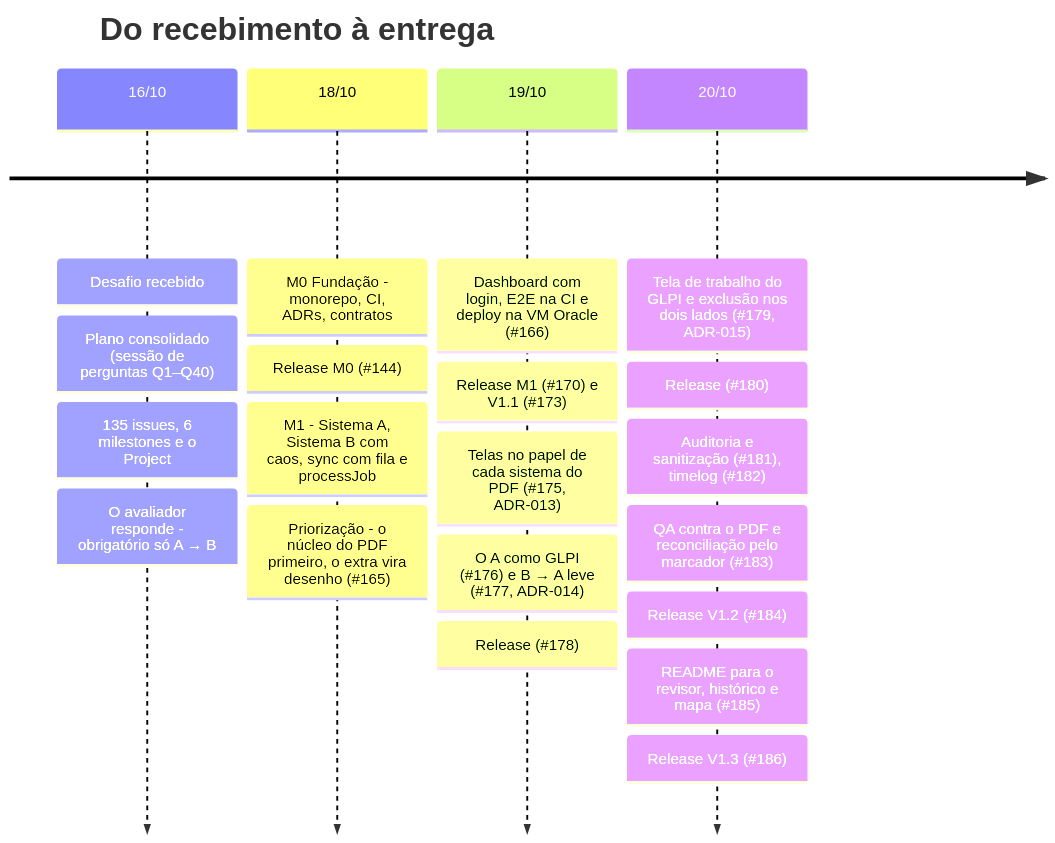
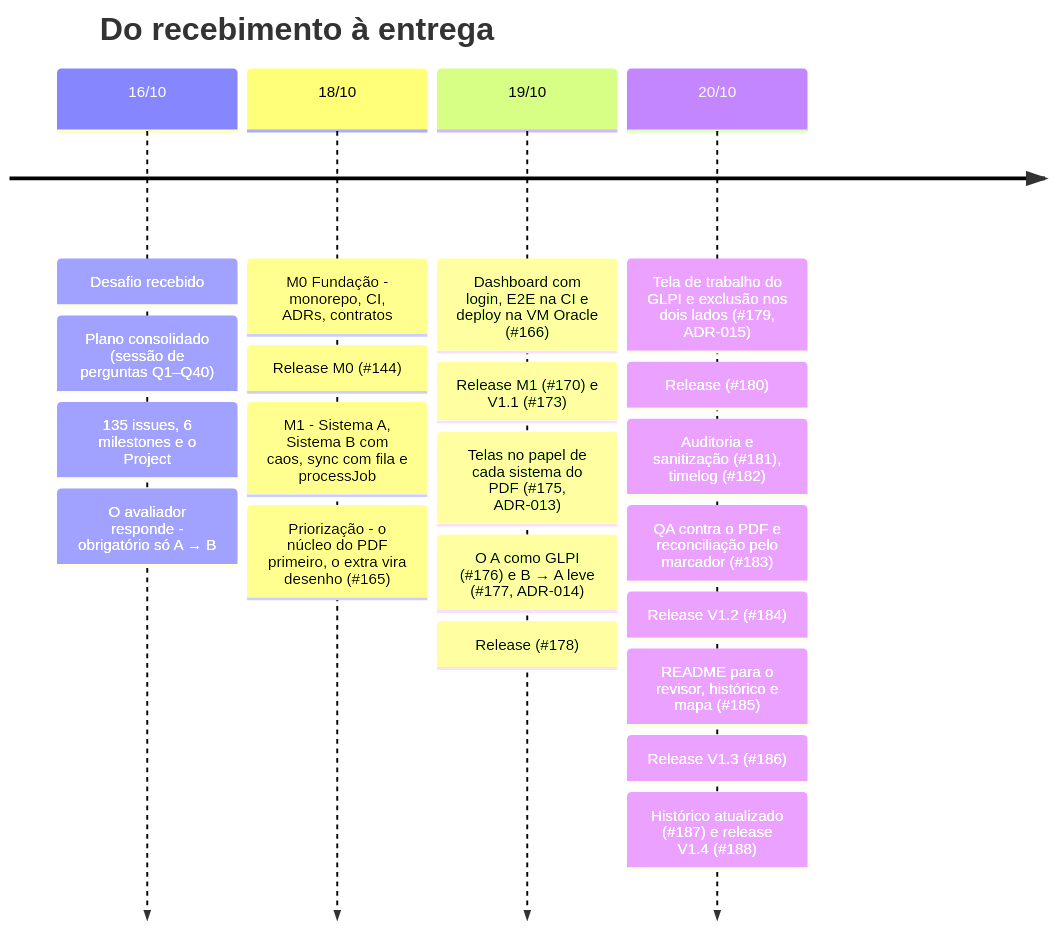
One commit to BossBurgues/desafiotecCyberCorp changed the diagram in docs/historico.md. Above: the diagram before and after it, drawn with Mermaid. The commit also changed other lines of this file and 3 other files, not shown here.

````diff
--- a/docs/historico.md
+++ b/docs/historico.md
@@ -32,24 +32,25 @@
 ```mermaid
 timeline
     title Do recebimento à entrega
     16/10 : Desafio recebido
           : Plano consolidado (sessão de perguntas Q1–Q40)
           : 135 issues, 6 milestones e o Project
           : O avaliador responde - obrigatório só A → B
     18/10 : M0 Fundação - monorepo, CI, ADRs, contratos
           : Release M0 (#144)
           : M1 - Sistema A, Sistema B com caos, sync com fila e processJob
           : Priorização - o núcleo do PDF primeiro, o extra vira desenho (#165)
     19/10 : Dashboard com login, E2E na CI e deploy na VM Oracle (#166)
           : Release M1 (#170) e V1.1 (#173)
           : Telas no papel de cada sistema do PDF (#175, ADR-013)
           : O A como GLPI (#176) e B → A leve (#177, ADR-014)
           : Release (#178)
     20/10 : Tela de trabalho do GLPI e exclusão nos dois lados (#179, ADR-015)
           : Release (#180)
           : Auditoria e sanitização (#181), timelog (#182)
           : QA contra o PDF e reconciliação pelo marcador (#183)
           : Release V1.2 (#184)
           : README para o revisor, histórico e mapa (#185)
           : Release V1.3 (#186)
+          : Histórico atualizado (#187) e release V1.4 (#188)
 ```
````
